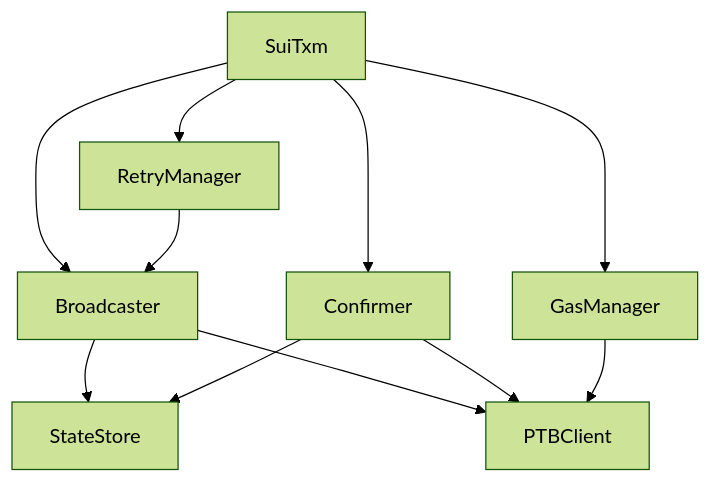
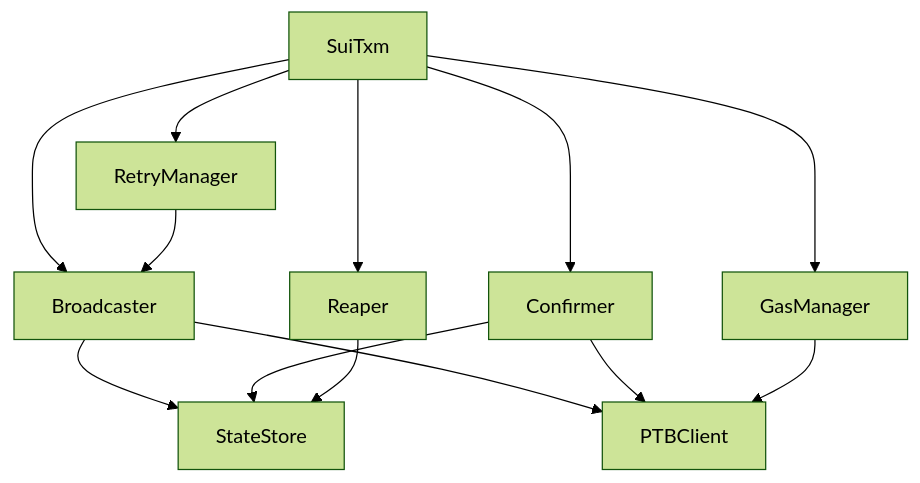
The first of 3 diagrams in documentation/relayer/transaction-manager.md (smartcontractkit/chainlink-sui), drawn with Mermaid (forest theme) before and after one commit. The commit also changed other lines of this file, not shown here.

Commit message:
Updates txm documentation to include reaper routine

````diff
--- a/documentation/relayer/transaction-manager.md
+++ b/documentation/relayer/transaction-manager.md
@@ -23,23 +23,26 @@
 ```mermaid
 flowchart TD
     TXM[SuiTxm]
     Broadcaster[Broadcaster]
     Confirmer[Confirmer]
+    Reaper[Reaper]
     StateStore[StateStore]
     RetryManager[RetryManager]
     GasManager[GasManager]
     PTBClient[PTBClient]
     
     TXM --> Broadcaster
     TXM --> Confirmer
+    TXM --> Reaper
     TXM --> RetryManager
     TXM --> GasManager
     
     Broadcaster --> StateStore
     Broadcaster --> PTBClient
     Confirmer --> StateStore
     Confirmer --> PTBClient
+    Reaper --> StateStore
     GasManager --> PTBClient
     
     RetryManager --> Broadcaster
 ```
````
